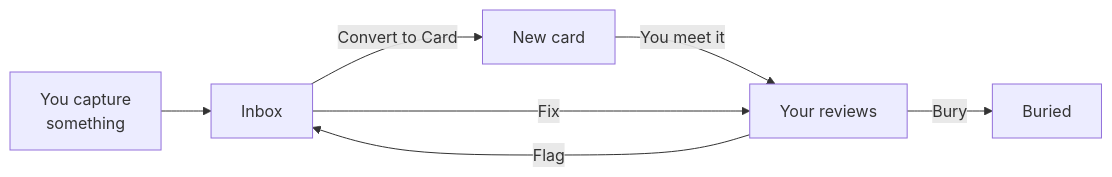
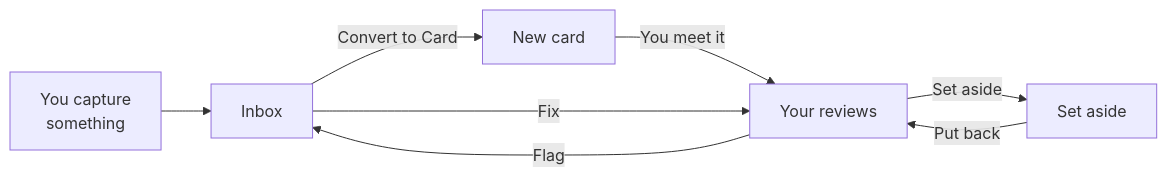
Before and after one commit to lucastkacz/ficha: the second of 2 diagrams in README.md, drawn with Mermaid. The commit also changed other lines of this file and 5 other files, not shown here.

First line of the commit message:
#539: the docs say Set aside for a card as for a deck

````diff
--- a/README.md
+++ b/README.md
@@ -72,9 +72,10 @@
 ```mermaid
 flowchart LR
     capture["You capture<br/>something"] --> inbox["Inbox"]
     inbox -- "Convert to Card" --> new["New card"]
     new -- "You meet it" --> reviews["Your reviews"]
     reviews -- "Flag" --> inbox
     inbox -- "Fix" --> reviews
-    reviews -- "Bury" --> buried["Buried"]
+    reviews -- "Set aside" --> aside["Set aside"]
+    aside -- "Put back" --> reviews
 ```
````
